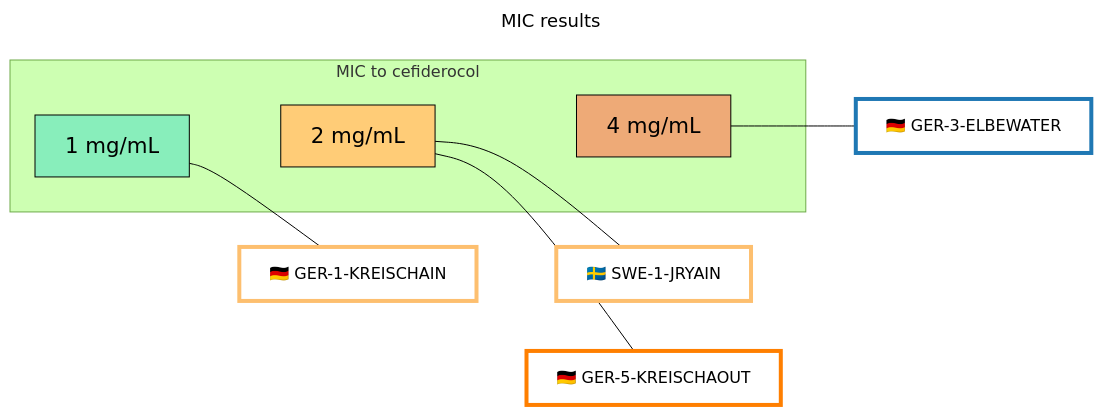
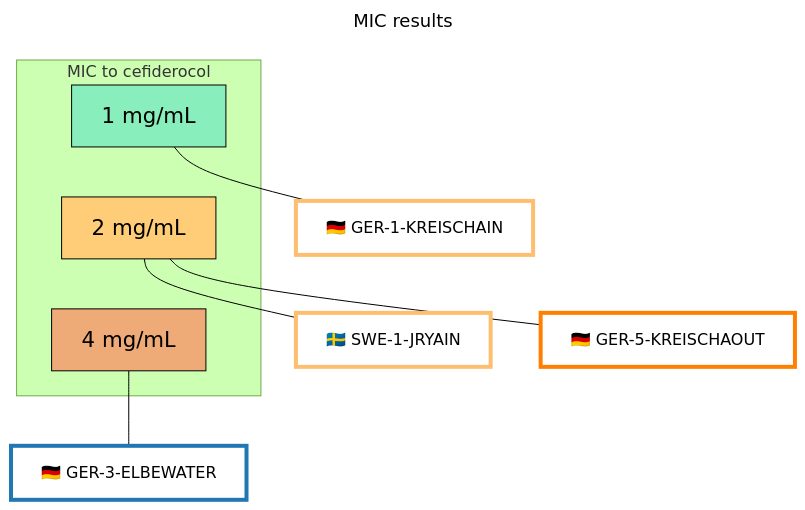
One commit to RemiGSC/Mgf_FDC changed the second of 2 diagrams in README.md. Above: the diagram before and after it, drawn with Mermaid (forest theme).

````diff
--- a/README.md
+++ b/README.md
@@ -77,29 +77,29 @@
 ```mermaid
 ---
 title: MIC results
 ---
 
-graph LR
+graph TD
 	subgraph MIC [MIC to cefiderocol]
 		Two[2 mg/mL]
 		One[1 mg/mL]
 		Four[4 mg/mL]
 		One ~~~ Two ~~~ Four
 	end
 
 Two[2 mg/mL] --- C1[🇸🇪 SWE-1-JRYAIN]
 One[1 mg/mL] --- C3a[🇩🇪 GER-1-KREISCHAIN]
 Four[4 mg/mL] --- C3b[🇩🇪 GER-3-ELBEWATER]
 Two --- C3c[🇩🇪 GER-5-KREISCHAOUT]
 
 
 style One stroke:#000,fill:#8eb,font-size:110%,color:#000
 style Two stroke:#000,fill:#fc7,font-size:110%,color:#000
 style Four stroke:#000,fill:#ea7,font-size:110%,color:#000
 
 style C1 stroke:#fdbf6f,fill:#fff,color:#000,stroke-width:4px
 style C3a stroke:#fdbf6f,fill:#fff,color:#000,stroke-width:4px
 style C3b stroke:#1f78b4,fill:#fff,color:#000,stroke-width:4px
 style C3c stroke:#ff7f00,fill:#fff,color:#000,stroke-width:4px
 
 ```
````
